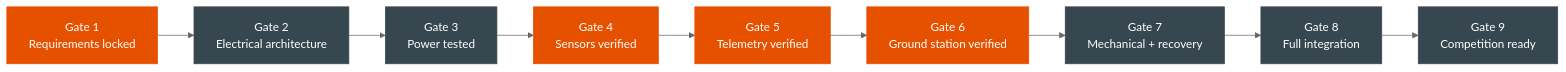
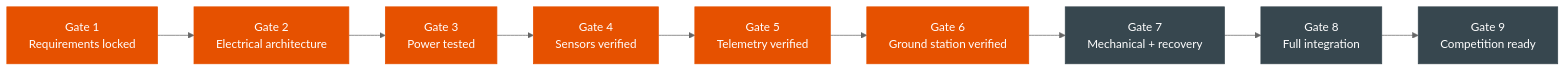
Before and after one commit to KunjSorathiya/CanSat-2026: the third of 4 diagrams in documentation/project/timeline.md, drawn with Mermaid (neutral theme). The commit also changed other lines of this file and 7 other files, not shown here.

````diff
--- a/documentation/project/timeline.md
+++ b/documentation/project/timeline.md
@@ -186,17 +186,17 @@
 ```mermaid
 flowchart LR
     G1["Gate 1<br/>Requirements locked"] --> G2["Gate 2<br/>Electrical architecture"]
     G2 --> G3["Gate 3<br/>Power tested"]
     G3 --> G4["Gate 4<br/>Sensors verified"]
     G4 --> G5["Gate 5<br/>Telemetry verified"]
     G5 --> G6["Gate 6<br/>Ground station verified"]
     G6 --> G7["Gate 7<br/>Mechanical + recovery"]
     G7 --> G8["Gate 8<br/>Full integration"]
     G8 --> G9["Gate 9<br/>Competition ready"]
 
     classDef done fill:#1b5e20,stroke:#1b5e20,color:#fff
     classDef partial fill:#e65100,stroke:#e65100,color:#fff
     classDef todo fill:#37474f,stroke:#37474f,color:#fff
-    class G1,G4,G5,G6 partial
-    class G2,G3,G7,G8,G9 todo
+    class G1,G2,G3,G4,G5,G6 partial
+    class G7,G8,G9 todo
 ```
````
